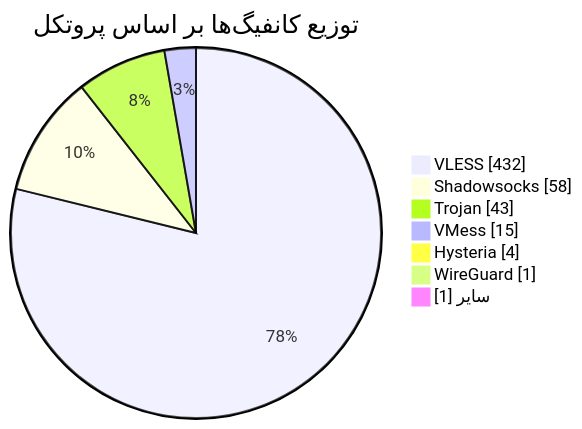
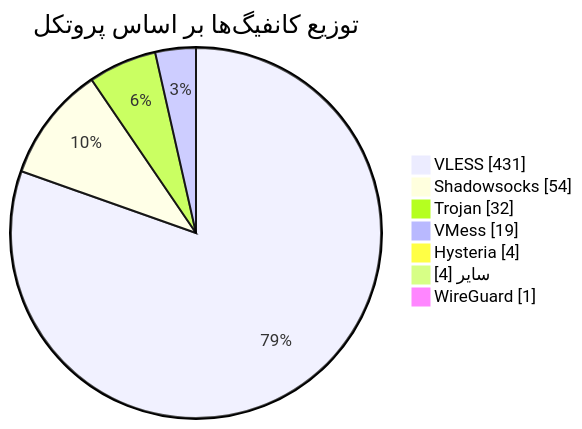
One commit to Arian-Alijani/Somthing changed the diagram in README.md. Above: the diagram before and after it, drawn with Mermaid. The commit also changed other lines of this file and 85 other files, not shown here.

````diff
--- a/README.md
+++ b/README.md
@@ -49,11 +49,11 @@
 ```mermaid
 pie showData
     title توزیع کانفیگ‌ها بر اساس پروتکل
-    "VLESS" : 432
-    "Shadowsocks" : 58
-    "Trojan" : 43
-    "VMess" : 15
+    "VLESS" : 431
+    "Shadowsocks" : 54
+    "Trojan" : 32
+    "VMess" : 19
     "Hysteria" : 4
+    "سایر" : 4
     "WireGuard" : 1
-    "سایر" : 1
 ```
````
